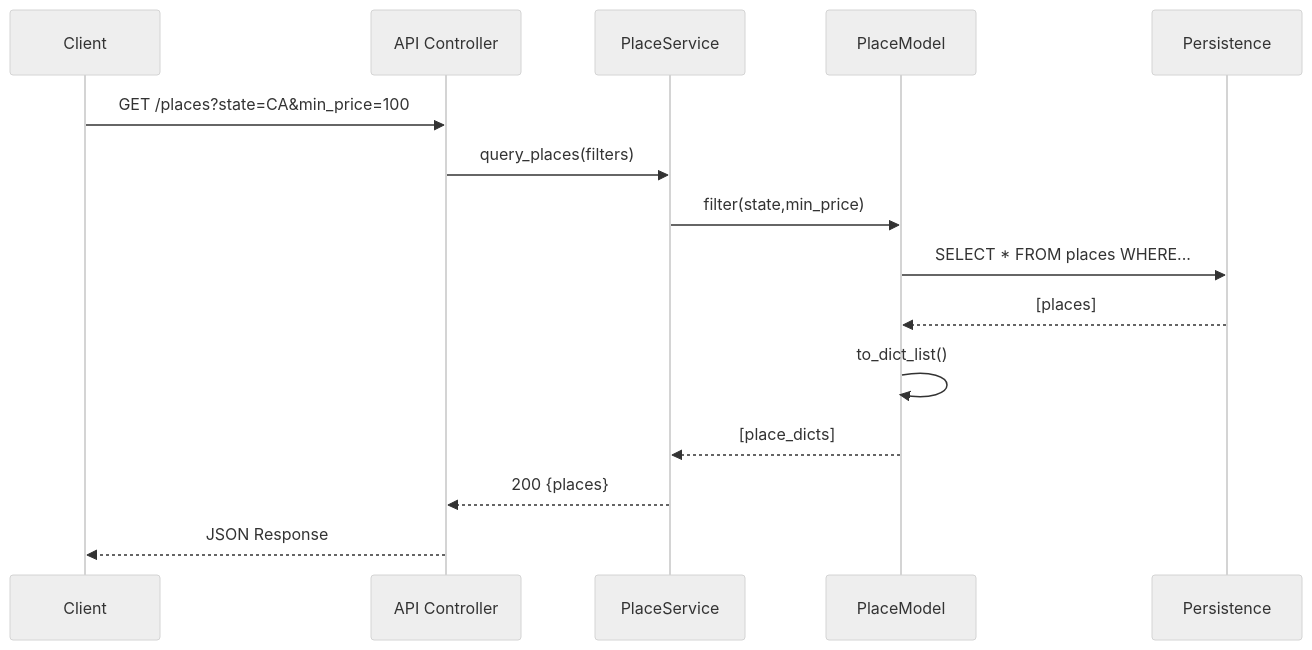
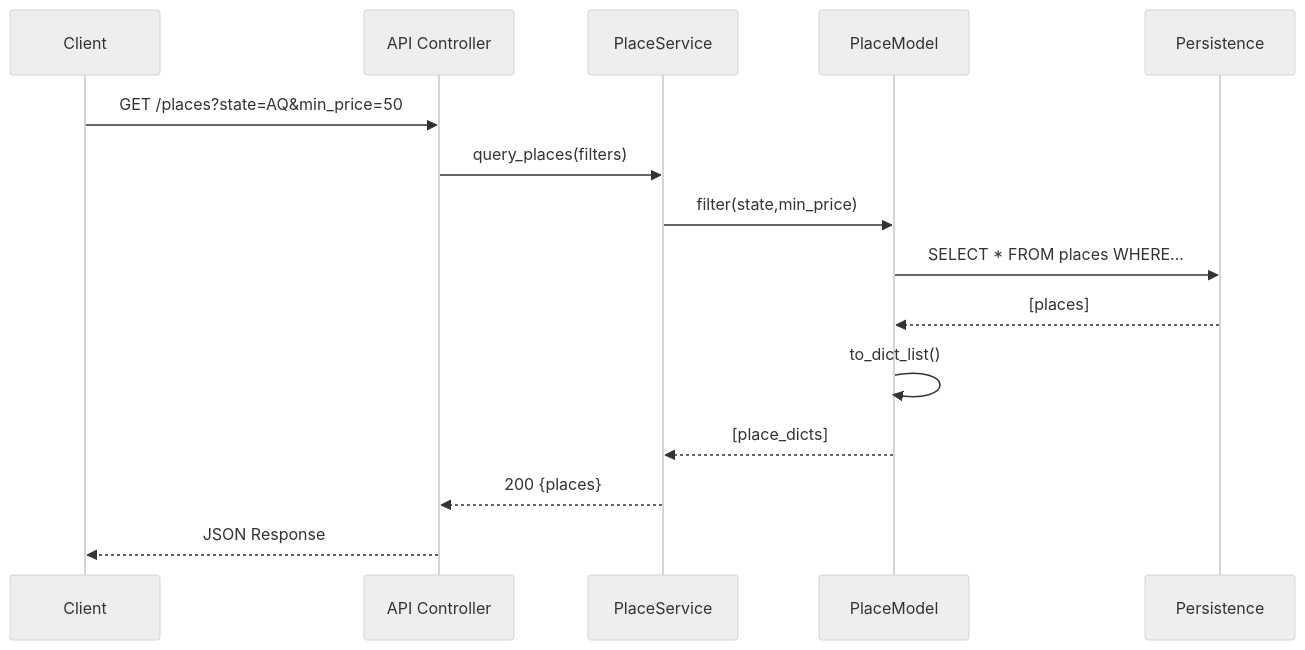
One commit to loties1533/holbertonschool-hbnb changed the fourth of 4 diagrams in part1/2-Sequence_Diagram.md. Above: the diagram before and after it, drawn with Mermaid (neutral theme). The commit also changed other lines of this file, not shown here.

Commit message:
Updated sequence diagrams for API calls

````diff
--- a/part1/2-Sequence_Diagram.md
+++ b/part1/2-Sequence_Diagram.md
@@ -110,18 +110,18 @@
 ```mermaid
 sequenceDiagram
     participant C as Client
     participant API as API Controller
     participant PS as PlaceService
     participant PM as PlaceModel
     participant DB as Persistence
 
-    C->>API: GET /places?state=CA&min_price=100
+    C->>API: GET /places?state=AQ&min_price=50
     API->>PS: query_places(filters)
     PS->>PM: filter(state,min_price)
     PM->>DB: SELECT * FROM places WHERE...
     DB-->>PM: [places]
     PM->>PM: to_dict_list()
     PM-->>PS: [place_dicts]
     PS-->>API: 200 {places}
     API-->>C: JSON Response
 ```
````
